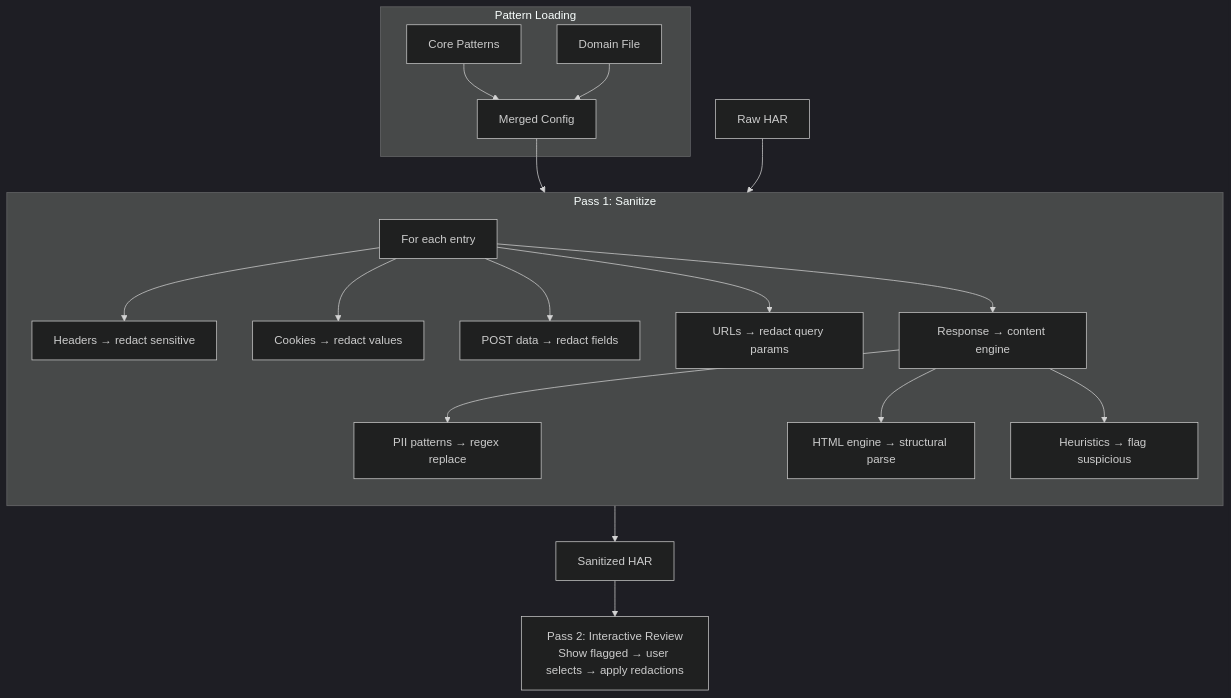
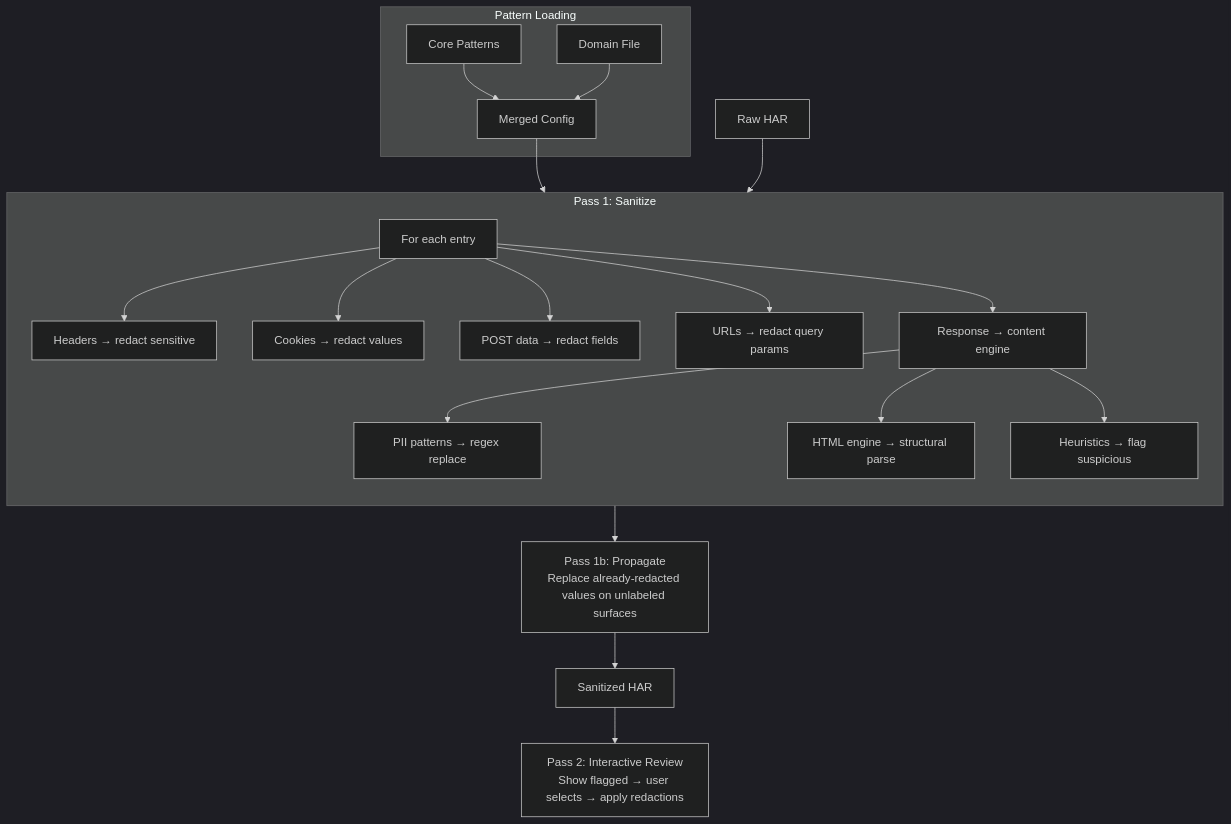
Before and after one commit to solentlabs/har-capture: the fourth of 4 diagrams in docs/ARCHITECTURE.md, drawn with Mermaid (dark theme). The commit also changed other lines of this file and 11 other files, not shown here.

````diff
--- a/docs/ARCHITECTURE.md
+++ b/docs/ARCHITECTURE.md
@@ -210,26 +210,27 @@
 ```mermaid
 graph TD
     subgraph patterns[Pattern Loading]
         core[Core Patterns] --> merged[Merged Config]
         domain[Domain File] --> merged
     end
 
     merged --> pass1
 
     subgraph pass1[Pass 1: Sanitize]
         direction TB
         entry[For each entry]
         entry --> headers[Headers → redact sensitive]
         entry --> cookies[Cookies → redact values]
         entry --> post[POST data → redact fields]
         entry --> urls[URLs → redact query params]
         entry --> resp[Response → content engine]
         resp --> pii[PII patterns → regex replace]
         resp --> html[HTML engine → structural parse]
         resp --> heur[Heuristics → flag suspicious]
     end
 
     raw[Raw HAR] --> pass1
-    pass1 --> sanitized[Sanitized HAR]
+    pass1 --> pass1b[Pass 1b: Propagate<br>Replace already-redacted values on unlabeled surfaces]
+    pass1b --> sanitized[Sanitized HAR]
     sanitized --> pass2[Pass 2: Interactive Review<br>Show flagged → user selects → apply redactions]
 ```
````
